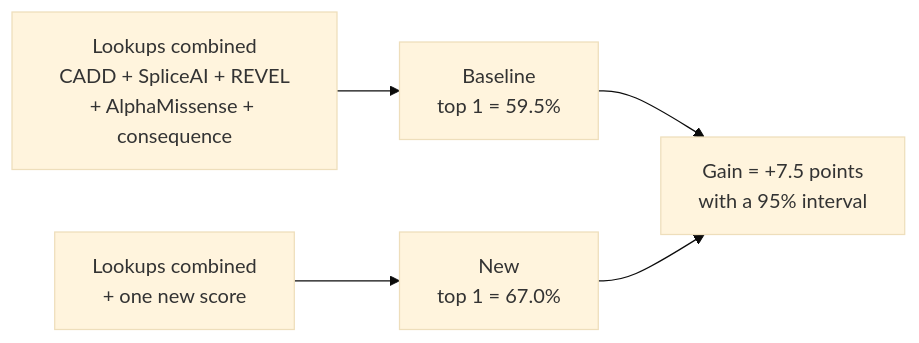
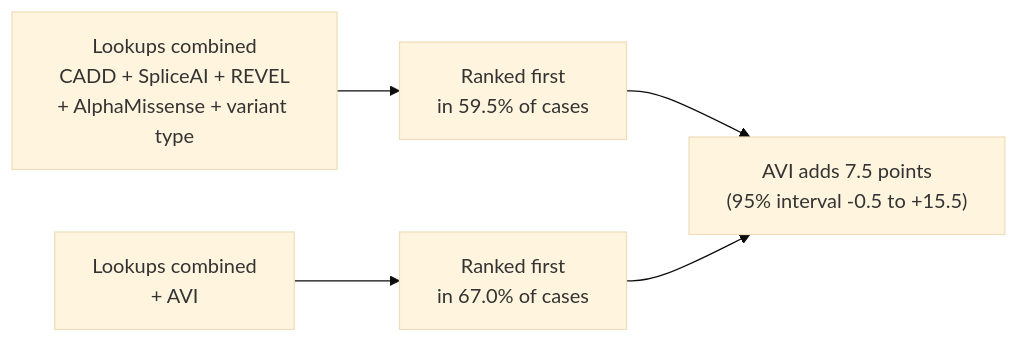
One commit to rewire-bio/amp-2026-studies changed the fifth of 16 diagrams in GUIDE.md. Above: the diagram before and after it, drawn with Mermaid (base theme). The commit also changed other lines of this file and 1 other file, not shown here.

````diff
--- a/GUIDE.md
+++ b/GUIDE.md
@@ -135,6 +163,6 @@
 ```mermaid
 flowchart LR
-    l["Lookups combined<br/>CADD + SpliceAI + REVEL<br/>+ AlphaMissense + consequence"] --> b["Baseline<br/>top 1 = 59.5%"]
-    l2["Lookups combined<br/>+ one new score"] --> n["New<br/>top 1 = 67.0%"]
-    b & n --> g["Gain = +7.5 points<br/>with a 95% interval"]
+    l["Lookups combined<br/>CADD + SpliceAI + REVEL<br/>+ AlphaMissense + variant type"] --> b["Ranked first<br/>in 59.5% of cases"]
+    l2["Lookups combined<br/>+ AVI"] --> n["Ranked first<br/>in 67.0% of cases"]
+    b & n --> g["AVI adds 7.5 points<br/>(95% interval -0.5 to +15.5)"]
 ```
````
